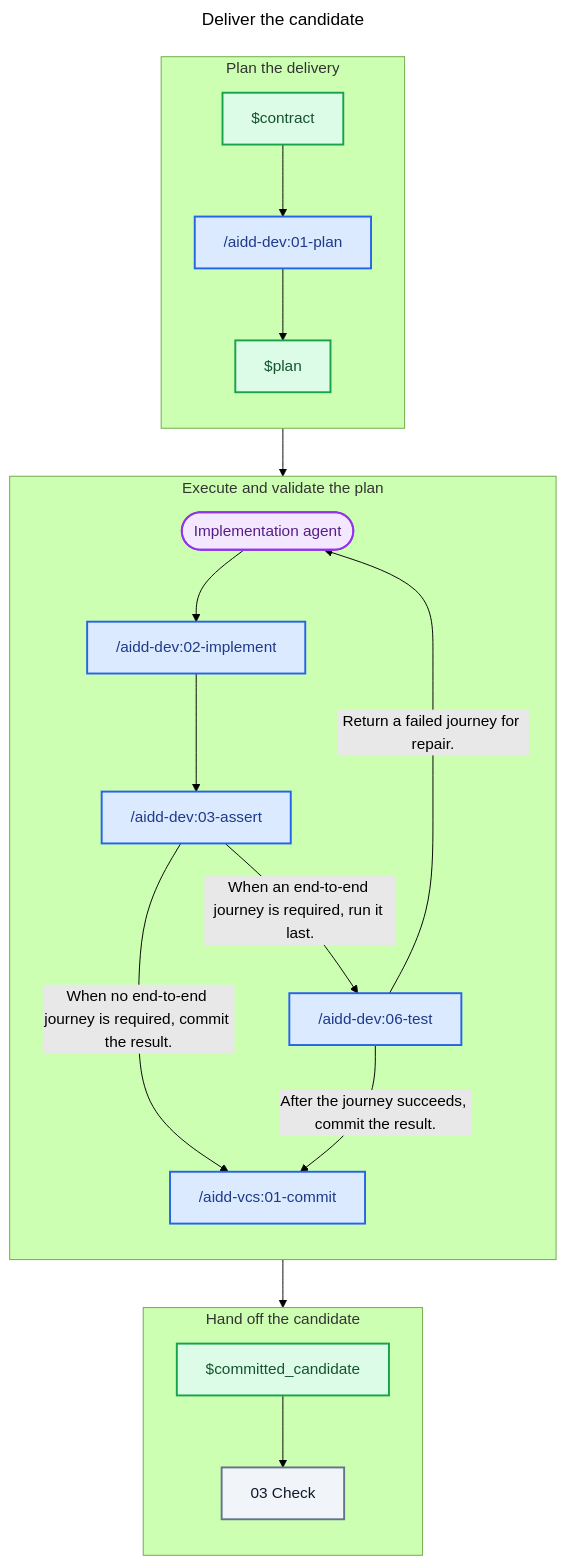
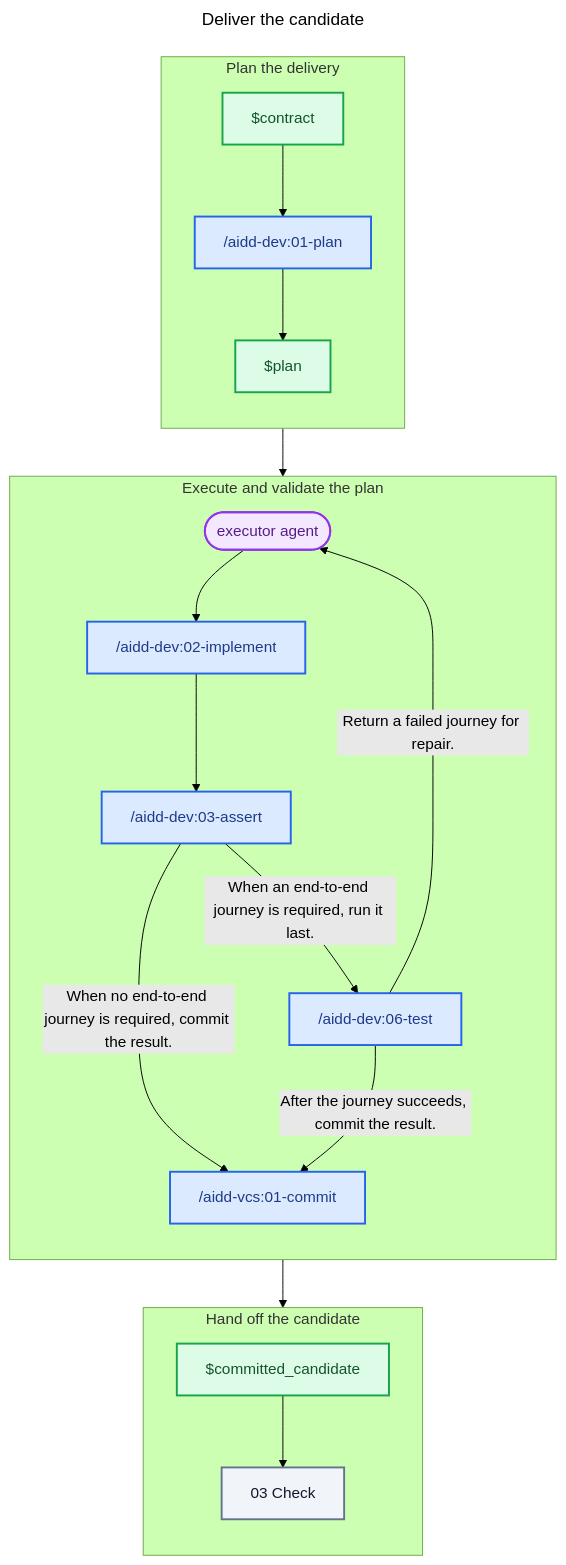
Before and after one commit to ai-driven-dev/framework: the diagram in plugins/aidd-orchestrator/skills/01-sdlc/references/02-deliver.md, drawn with Mermaid (forest theme). The commit also changed other lines of this file and 43 other files, not shown here.

````diff
--- a/plugins/aidd-orchestrator/skills/01-sdlc/references/02-deliver.md
+++ b/plugins/aidd-orchestrator/skills/01-sdlc/references/02-deliver.md
@@ -9,49 +9,49 @@
 ```mermaid
 ---
 title: Deliver the candidate
 ---
 flowchart TD
   subgraph PlanStage["Plan the delivery"]
     direction TB
     Contract["$contract"]
     Plan["/aidd-dev:01-plan"]
     PlanArtifact["$plan"]
   end
 
   subgraph ExecuteStage["Execute and validate the plan"]
     direction TB
-    Executor(["Implementation agent"])
+    Executor(["executor agent"])
     Implement["/aidd-dev:02-implement"]
     Assert["/aidd-dev:03-assert"]
     Test["/aidd-dev:06-test"]
     Commit["/aidd-vcs:01-commit"]
   end
 
   subgraph HandoffStage["Hand off the candidate"]
     direction TB
     CommittedCandidate["$committed_candidate"]
     Check["03 Check"]
   end
 
   Contract --> Plan
   Plan --> PlanArtifact
   PlanArtifact --> Executor
   Executor --> Implement
   Implement --> Assert
   Assert -- "When no end-to-end journey is required, commit the result." --> Commit
   Assert -- "When an end-to-end journey is required, run it last." --> Test
   Test -- "After the journey succeeds, commit the result." --> Commit
   Test -- "Return a failed journey for repair." --> Executor
   Commit --> CommittedCandidate
   CommittedCandidate --> Check
 
   classDef skill fill:#DBEAFE,stroke:#2563EB,color:#1E3A8A,stroke-width:2px
   classDef agent fill:#F3E8FF,stroke:#9333EA,color:#581C87,stroke-width:2px
   classDef artifact fill:#DCFCE7,stroke:#16A34A,color:#14532D,stroke-width:2px
   classDef zone fill:#F1F5F9,stroke:#64748B,color:#0F172A,stroke-width:2px
 
   class Plan,Implement,Assert,Test,Commit skill
   class Executor agent
   class Contract,PlanArtifact,CommittedCandidate artifact
   class Check zone
 ```
````
